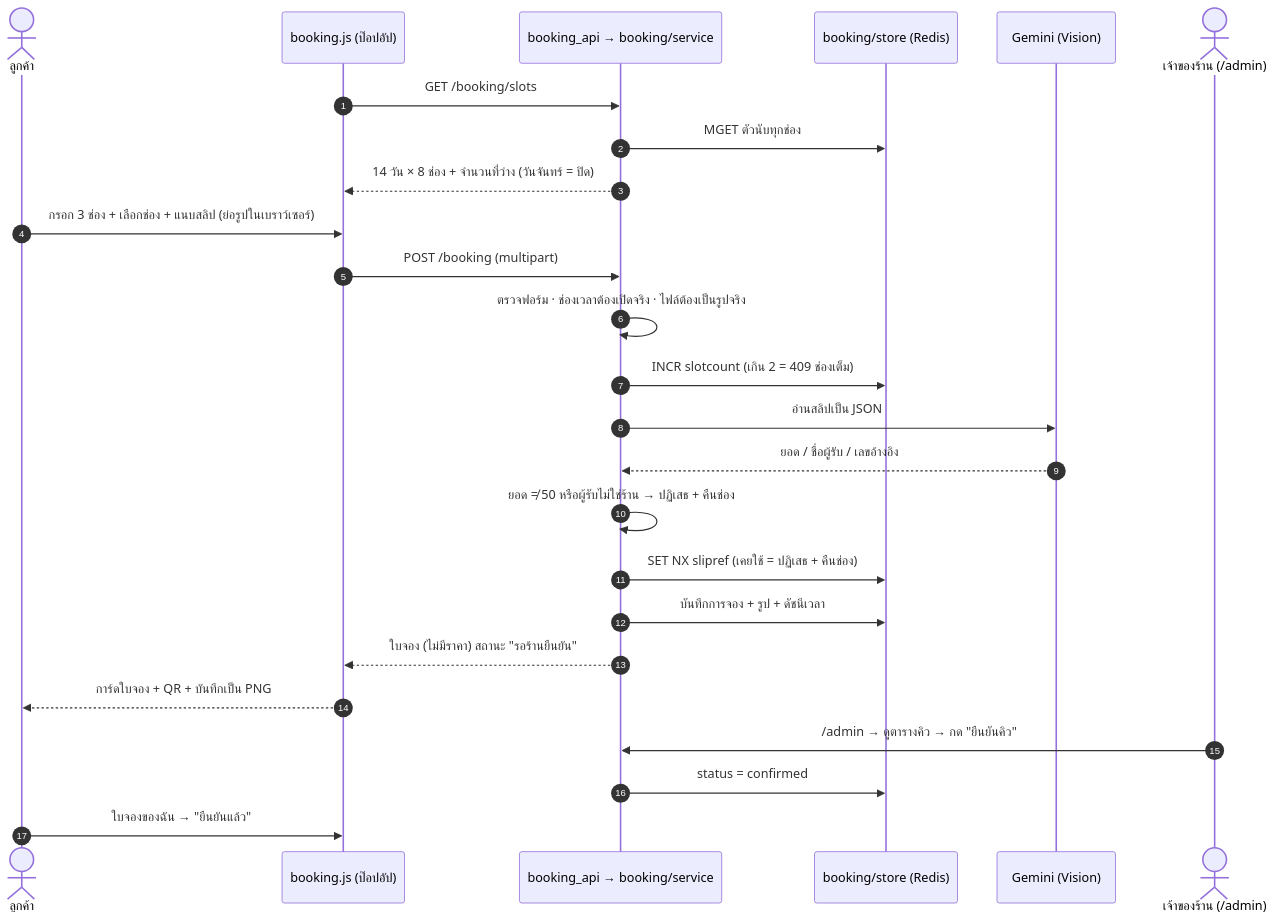
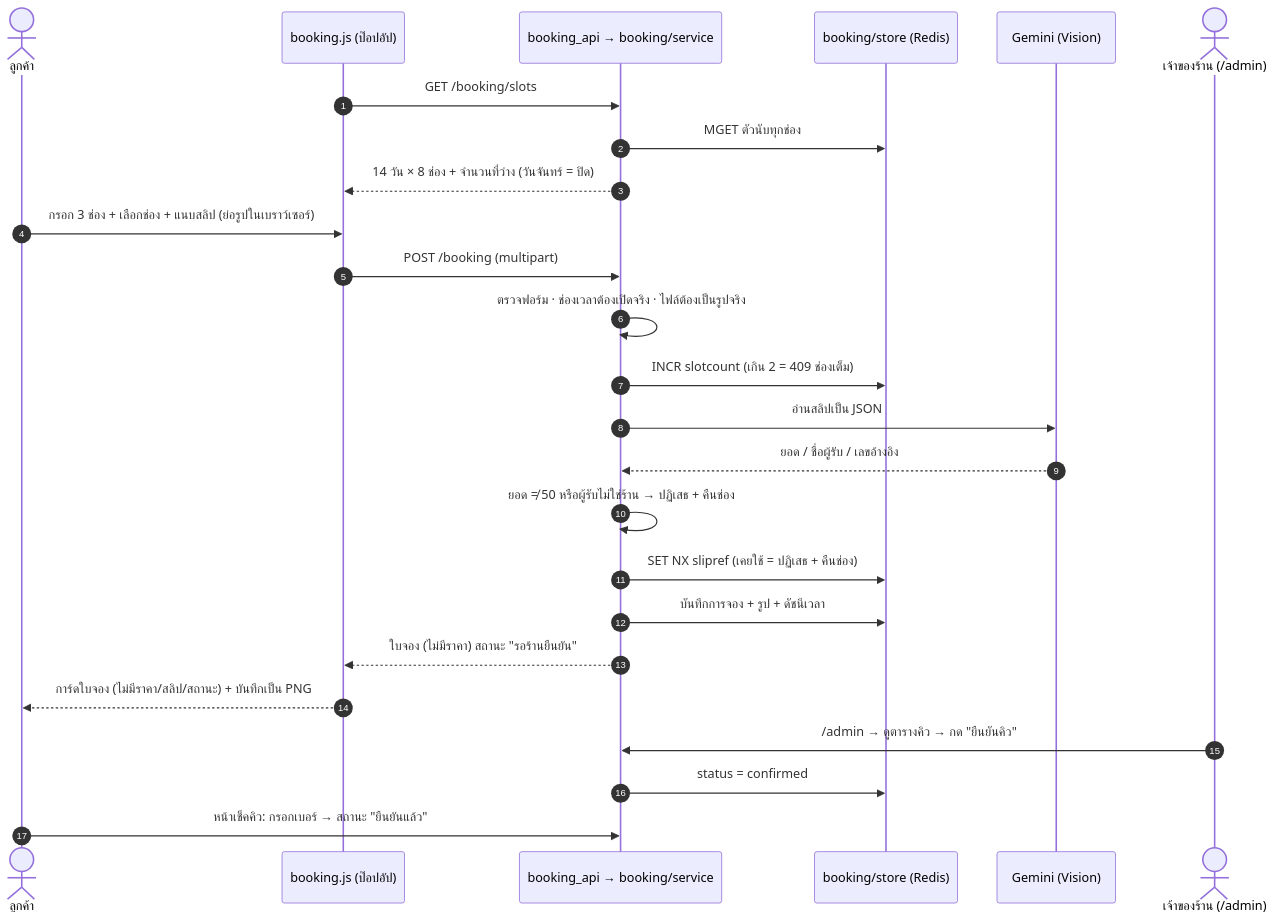
The fourth of 4 diagrams in docs/system-architecture.md (Myname30275/Project-chatbot), drawn with Mermaid before and after one commit. The commit also changed other lines of this file and 24 other files, not shown here.

````diff
--- a/docs/system-architecture.md
+++ b/docs/system-architecture.md
@@ -231,28 +231,28 @@
 ```mermaid
 sequenceDiagram
     autonumber
     actor C as ลูกค้า
     participant UI as booking.js (ป๊อปอัป)
     participant API as booking_api → booking/service
     participant ST as booking/store (Redis)
     participant GM as Gemini (Vision)
     actor O as เจ้าของร้าน (/admin)
 
     UI->>API: GET /booking/slots
     API->>ST: MGET ตัวนับทุกช่อง
     API-->>UI: 14 วัน × 8 ช่อง + จำนวนที่ว่าง (วันจันทร์ = ปิด)
     C->>UI: กรอก 3 ช่อง + เลือกช่อง + แนบสลิป (ย่อรูปในเบราว์เซอร์)
     UI->>API: POST /booking (multipart)
     API->>API: ตรวจฟอร์ม · ช่องเวลาต้องเปิดจริง · ไฟล์ต้องเป็นรูปจริง
     API->>ST: INCR slotcount (เกิน 2 = 409 ช่องเต็ม)
     API->>GM: อ่านสลิปเป็น JSON
     GM-->>API: ยอด / ชื่อผู้รับ / เลขอ้างอิง
     API->>API: ยอด ≠ 50 หรือผู้รับไม่ใช่ร้าน → ปฏิเสธ + คืนช่อง
     API->>ST: SET NX slipref (เคยใช้ = ปฏิเสธ + คืนช่อง)
     API->>ST: บันทึกการจอง + รูป + ดัชนีเวลา
     API-->>UI: ใบจอง (ไม่มีราคา) สถานะ "รอร้านยืนยัน"
-    UI-->>C: การ์ดใบจอง + QR + บันทึกเป็น PNG
+    UI-->>C: การ์ดใบจอง (ไม่มีราคา/สลิป/สถานะ) + บันทึกเป็น PNG
     O->>API: /admin → ดูตารางคิว → กด "ยืนยันคิว"
     API->>ST: status = confirmed
-    C->>UI: ใบจองของฉัน → "ยืนยันแล้ว"
+    C->>API: หน้าเช็คคิว: กรอกเบอร์ → สถานะ "ยืนยันแล้ว"
 ```
````
